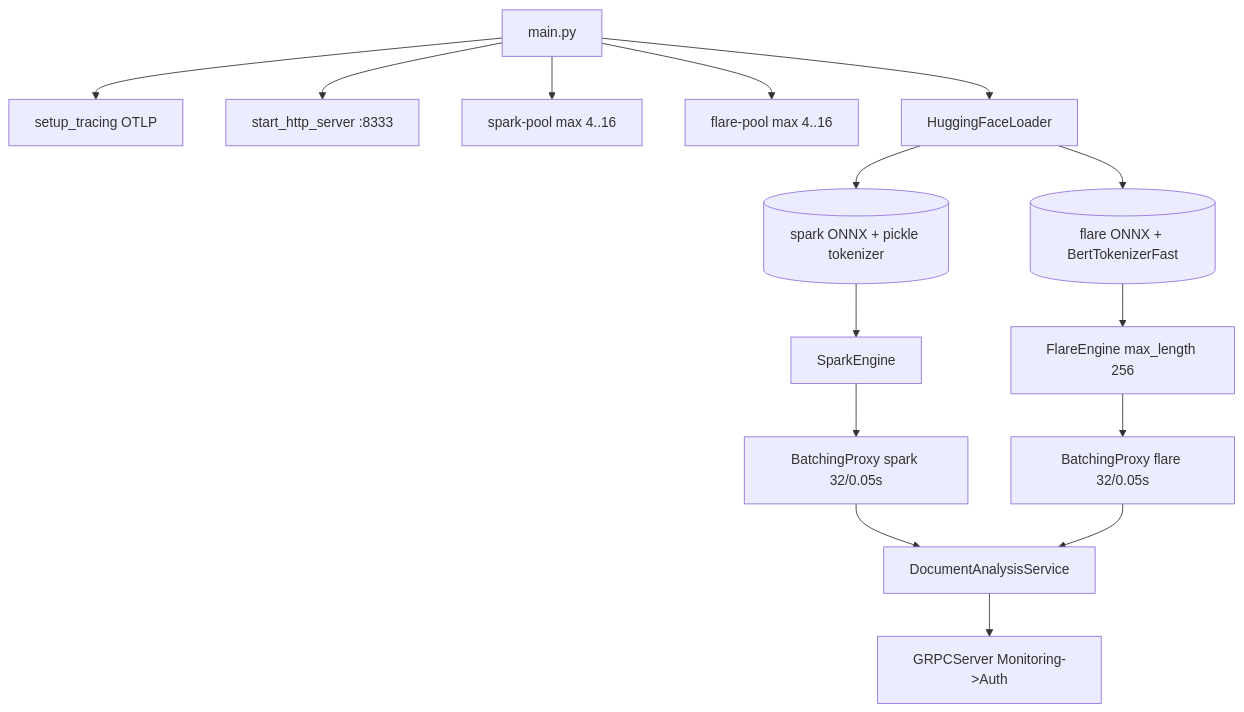
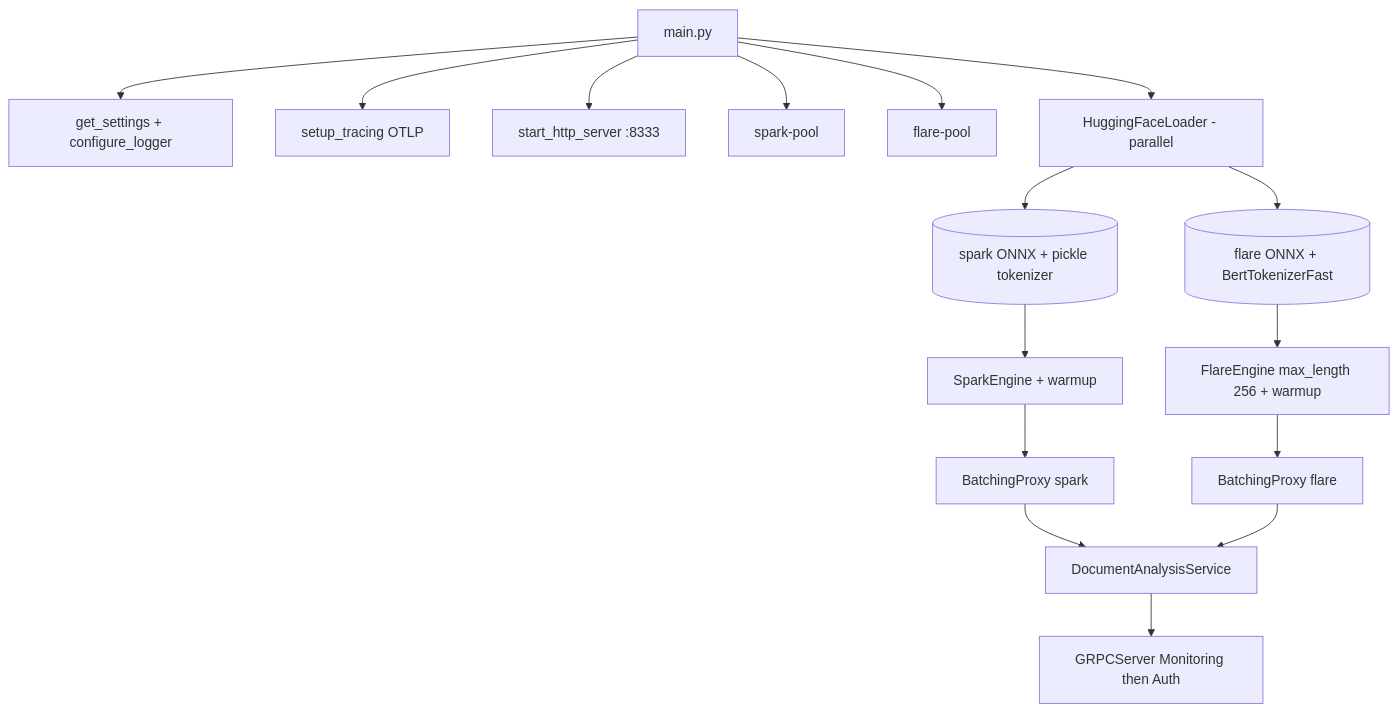
One commit to kunalPisolkar24/detectAI changed the third of 3 diagrams in services/inference/docs/concepts/architecture.md. Above: the diagram before and after it, drawn with Mermaid. The commit also changed other lines of this file and 14 other files, not shown here.

````diff
--- a/services/inference/docs/concepts/architecture.md
+++ b/services/inference/docs/concepts/architecture.md
@@ -135,17 +149,18 @@
 ```mermaid
 graph TB
-    Main[main.py] --> Trace[setup_tracing OTLP]
+    Main[main.py] --> Cfg[get_settings + configure_logger]
+    Main --> Trace[setup_tracing OTLP]
     Main --> MetricsStart[start_http_server :8333]
-    Main --> ExecS[spark-pool max 4..16]
-    Main --> ExecF[flare-pool max 4..16]
-    Main --> Loader2[HuggingFaceLoader]
+    Main --> ExecS[spark-pool]
+    Main --> ExecF[flare-pool]
+    Main --> Loader2[HuggingFaceLoader - parallel]
     Loader2 --> SparkRes[(spark ONNX + pickle tokenizer)]
     Loader2 --> FlareRes[(flare ONNX + BertTokenizerFast)]
-    SparkRes --> SparkRaw[SparkEngine]
-    FlareRes --> FlareRaw[FlareEngine max_length 256]
-    SparkRaw --> BPS[BatchingProxy spark 32/0.05s]
-    FlareRaw --> BPF[BatchingProxy flare 32/0.05s]
+    SparkRes --> SparkRaw[SparkEngine + warmup]
+    FlareRes --> FlareRaw[FlareEngine max_length 256 + warmup]
+    SparkRaw --> BPS[BatchingProxy spark]
+    FlareRaw --> BPF[BatchingProxy flare]
     BPS --> DAS2[DocumentAnalysisService]
     BPF --> DAS2
-    DAS2 --> GRPC2[GRPCServer Monitoring->Auth]
+    DAS2 --> GRPC2[GRPCServer Monitoring then Auth]
 ```
````
